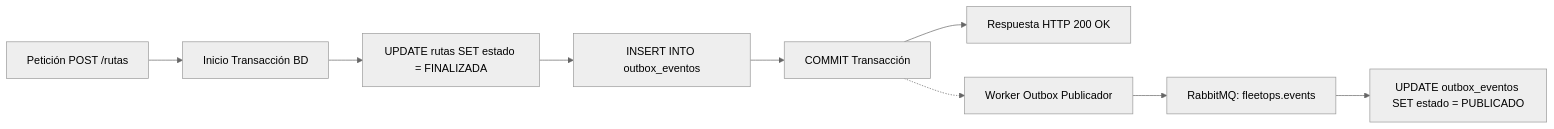
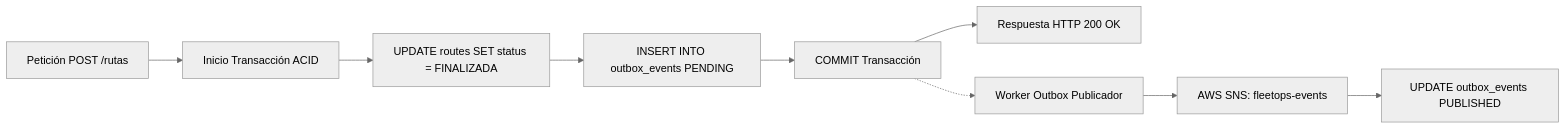
One commit to FleetOpsProyect/grupo_06_Telemetria changed the diagram in docs/03_documento_arquitectura_software_das.md. Above: the diagram before and after it, drawn with Mermaid (neutral theme). The commit also changed other lines of this file and 10 other files, not shown here.

Commit message:
docs: add business context, backlog, architecture, and guides

````diff
--- a/docs/03_documento_arquitectura_software_das.md
+++ b/docs/03_documento_arquitectura_software_das.md
@@ -82,11 +199,11 @@
 ```mermaid
 flowchart LR
-    A[Petición POST /rutas] --> B[Inicio Transacción BD]
-    B --> C[UPDATE rutas SET estado = FINALIZADA]
-    C --> D[INSERT INTO outbox_eventos]
+    A[Petición POST /rutas] --> B[Inicio Transacción ACID]
+    B --> C[UPDATE routes SET status = FINALIZADA]
+    C --> D[INSERT INTO outbox_events PENDING]
     D --> E[COMMIT Transacción]
     E --> F[Respuesta HTTP 200 OK]
     E -.-> G[Worker Outbox Publicador]
-    G --> H[RabbitMQ: fleetops.events]
-    H --> I[UPDATE outbox_eventos SET estado = PUBLICADO]
+    G --> H[AWS SNS: fleetops-events]
+    H --> I[UPDATE outbox_events PUBLISHED]
 ```
````
